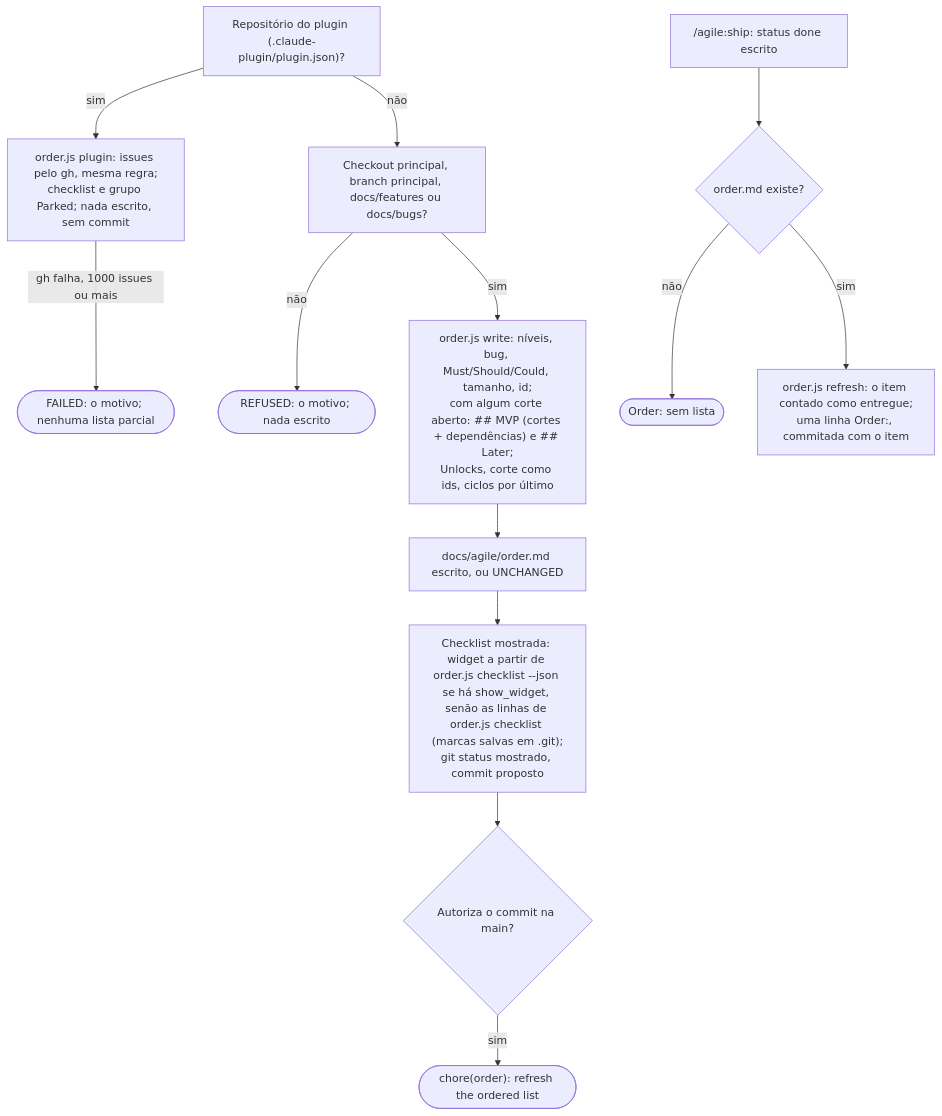
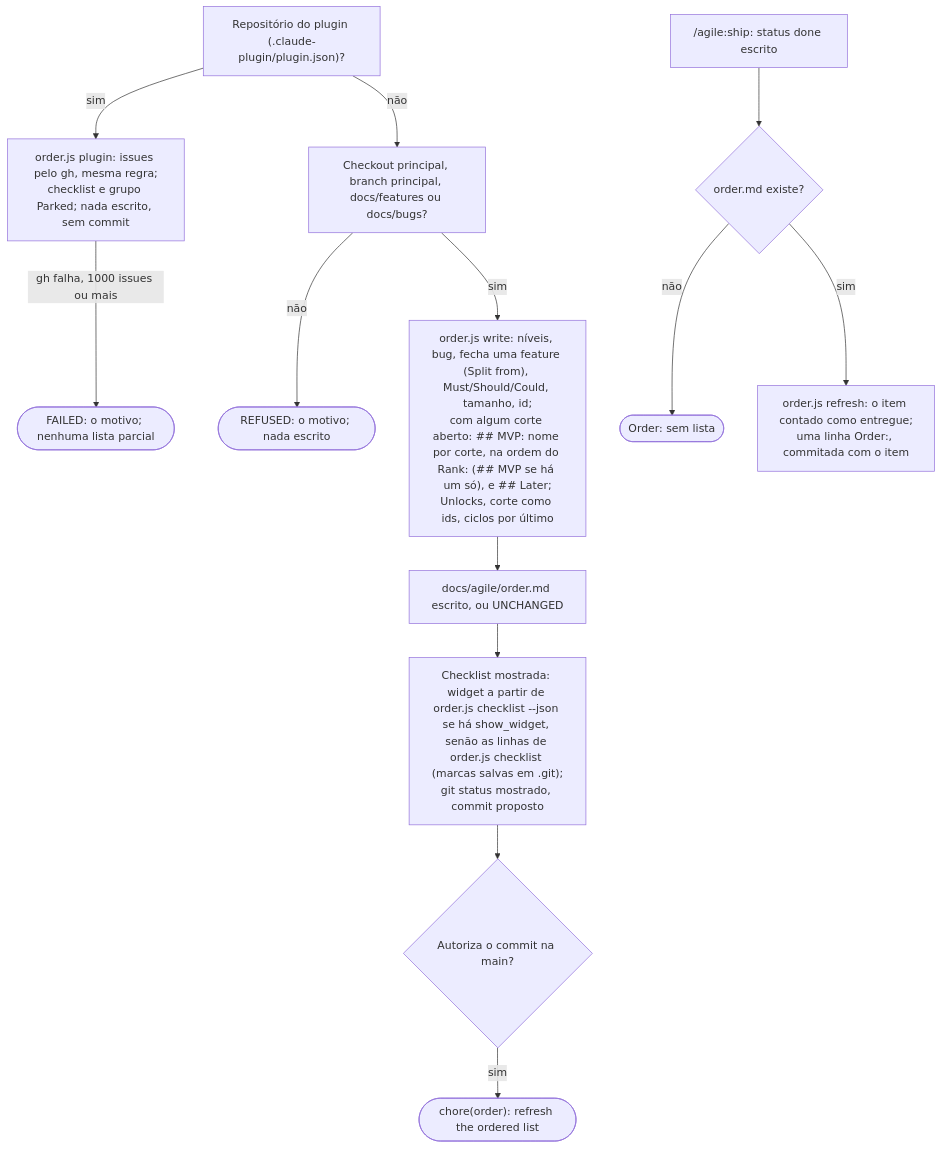
One commit to alexcanario/simulab changed diagram 19 of 24 in docs/agile/workflow.pt-BR.md. Above: the diagram before and after it, drawn with Mermaid. The commit also changed other lines of this file and 5 other files, not shown here.

````diff
--- a/docs/agile/workflow.pt-BR.md
+++ b/docs/agile/workflow.pt-BR.md
@@ -1255,15 +1255,15 @@
 ```mermaid
 flowchart TD
     P["Repositório do plugin (.claude-plugin/plugin.json)?"] -->|sim| P1["order.js plugin: issues pelo gh, mesma regra;<br/>checklist e grupo Parked; nada escrito, sem commit"]
     P -->|não| A["Checkout principal, branch principal, docs/features ou docs/bugs?"]
     P1 -->|gh falha, 1000 issues ou mais| P2(["FAILED: o motivo; nenhuma lista parcial"])
     A -->|não| A1(["REFUSED: o motivo; nada escrito"])
-    A -->|sim| B["order.js write: níveis, bug, Must/Should/Could, tamanho, id;<br/>com algum corte aberto: ## MVP (cortes + dependências) e ## Later;<br/>Unlocks, corte como ids, ciclos por último"]
+    A -->|sim| B["order.js write: níveis, bug, fecha uma feature (Split from), Must/Should/Could, tamanho, id;<br/>com algum corte aberto: ## MVP: nome por corte, na ordem do Rank: (## MVP se há um só), e ## Later;<br/>Unlocks, corte como ids, ciclos por último"]
     B --> C["docs/agile/order.md escrito, ou UNCHANGED"]
     C --> D["Checklist mostrada: widget a partir de order.js checklist --json se há show_widget, senão as linhas de order.js checklist (marcas salvas em .git);<br/>git status mostrado, commit proposto"]
     D --> E{"Autoriza o commit na main?"}
     E -->|sim| F(["chore(order): refresh the ordered list"])
     G["/agile:ship: status done escrito"] --> H{"order.md existe?"}
     H -->|não| H1(["Order: sem lista"])
     H -->|sim| I["order.js refresh: o item contado como entregue;<br/>uma linha Order:, commitada com o item"]
 ```
````
